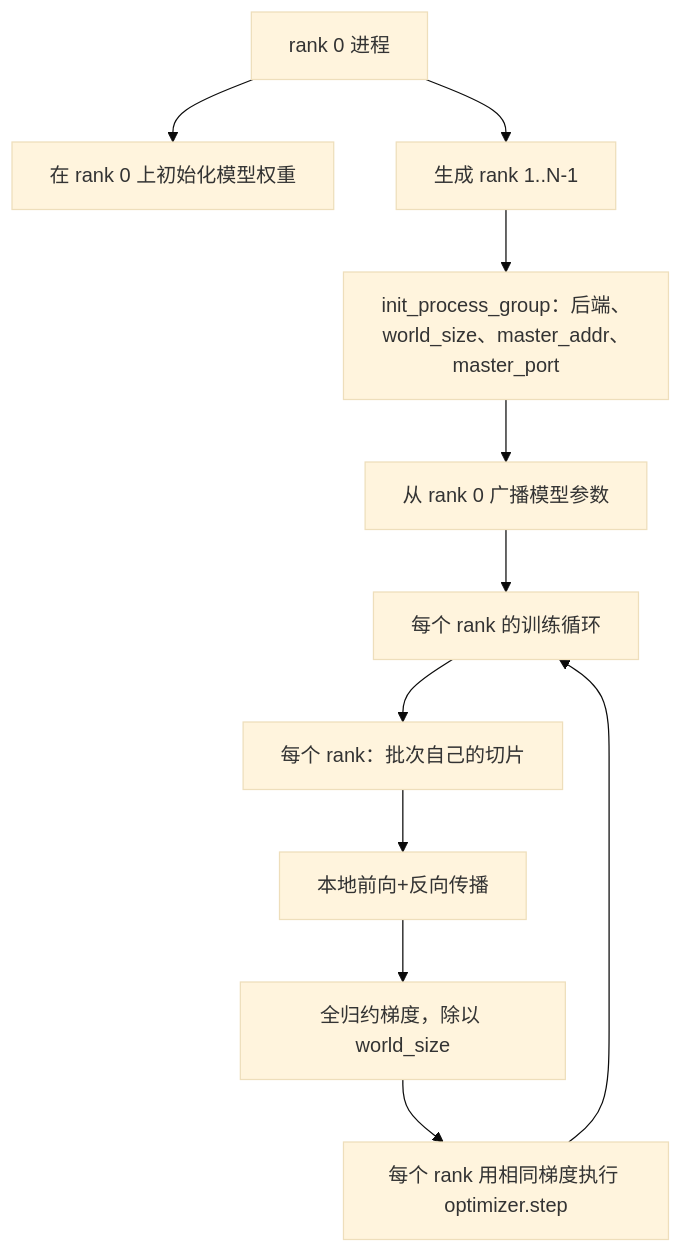
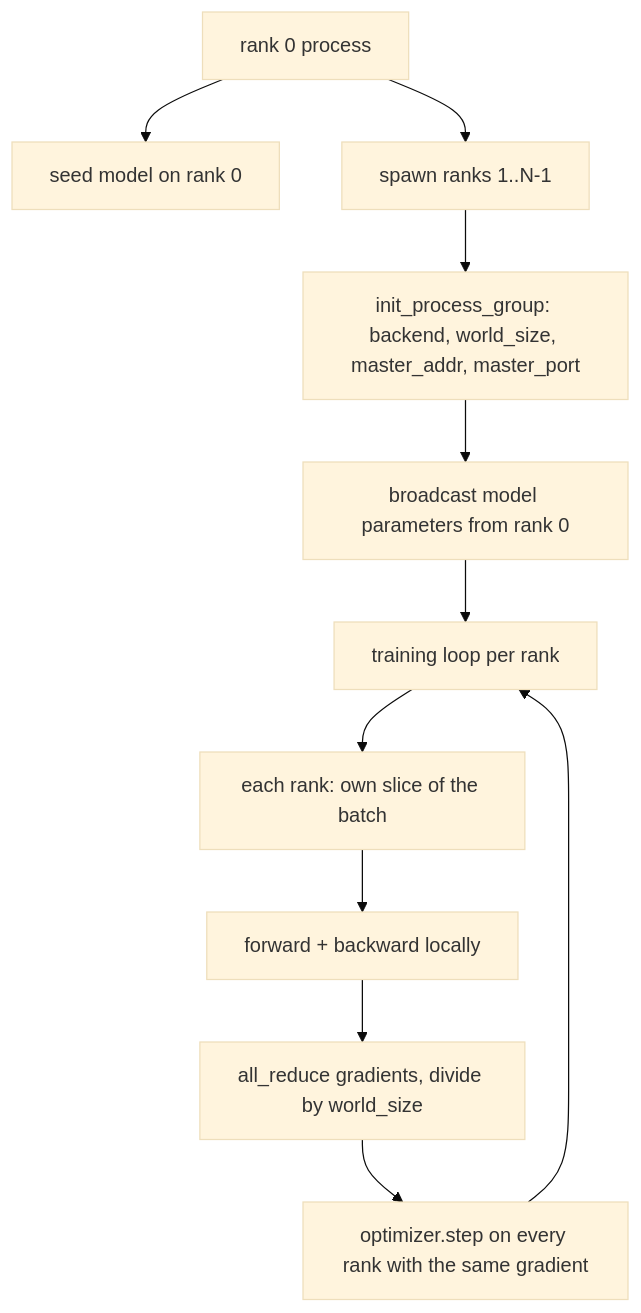
The first of 2 diagrams in i18n/zh/phases/19-capstone-projects/48-distributed-fsdp-ddp/docs/zh.md (xiaojiaenen/ai-engineering-from-scratch-zh), drawn with Mermaid (base theme) before and after one commit. The commit also changed other lines of this file and 85 other files, not shown here.

````diff
--- a/i18n/zh/phases/19-capstone-projects/48-distributed-fsdp-ddp/docs/zh.md
+++ b/i18n/zh/phases/19-capstone-projects/48-distributed-fsdp-ddp/docs/zh.md
@@ -27,13 +27,13 @@
 ```mermaid
 flowchart TB
-  init[rank 0 进程] --> seed[在 rank 0 上初始化模型权重]
-  init --> spawn[生成 rank 1..N-1]
-  spawn --> pg[init_process_group：后端、world_size、master_addr、master_port]
-  pg --> bcast[从 rank 0 广播模型参数]
-  bcast --> loop[每个 rank 的训练循环]
-  loop --> shard[每个 rank：批次自己的切片]
-  shard --> fwd[本地前向+反向传播]
-  fwd --> ar[全归约梯度，除以 world_size]
-  ar --> step[每个 rank 用相同梯度执行 optimizer.step]
+  init[rank 0 process] --> seed[seed model on rank 0]
+  init --> spawn[spawn ranks 1..N-1]
+  spawn --> pg[init_process_group: backend, world_size, master_addr, master_port]
+  pg --> bcast[broadcast model parameters from rank 0]
+  bcast --> loop[training loop per rank]
+  loop --> shard[each rank: own slice of the batch]
+  shard --> fwd[forward + backward locally]
+  fwd --> ar[all_reduce gradients, divide by world_size]
+  ar --> step[optimizer.step on every rank with the same gradient]
   step --> loop
 ```
````
